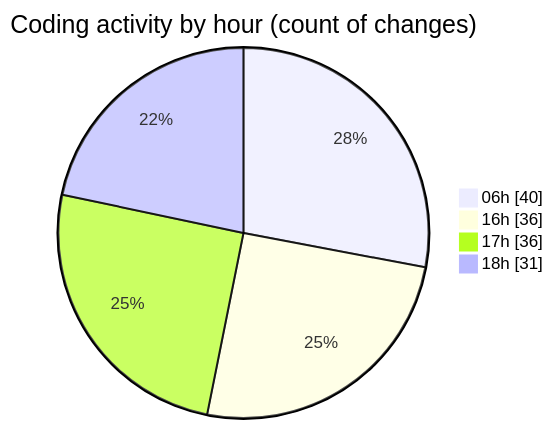
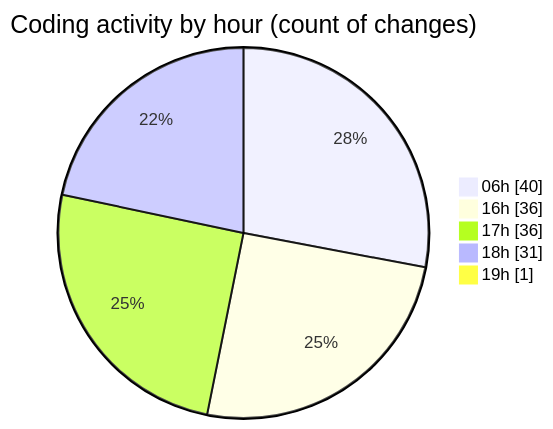
Before and after one commit to charlie-sans/code-tracking: the second of 2 diagrams in 2025-02-25/micros/README.md, drawn with Mermaid. The commit also changed other lines of this file and 1 other file, not shown here.

````diff
--- a/2025-02-25/micros/README.md
+++ b/2025-02-25/micros/README.md
@@ -74,8 +75,9 @@
 ```mermaid
 pie showData
 title Coding activity by hour (count of changes)
 "06h" : 40
 "16h" : 36
 "17h" : 36
 "18h" : 31
+"19h" : 1
 ```
````
